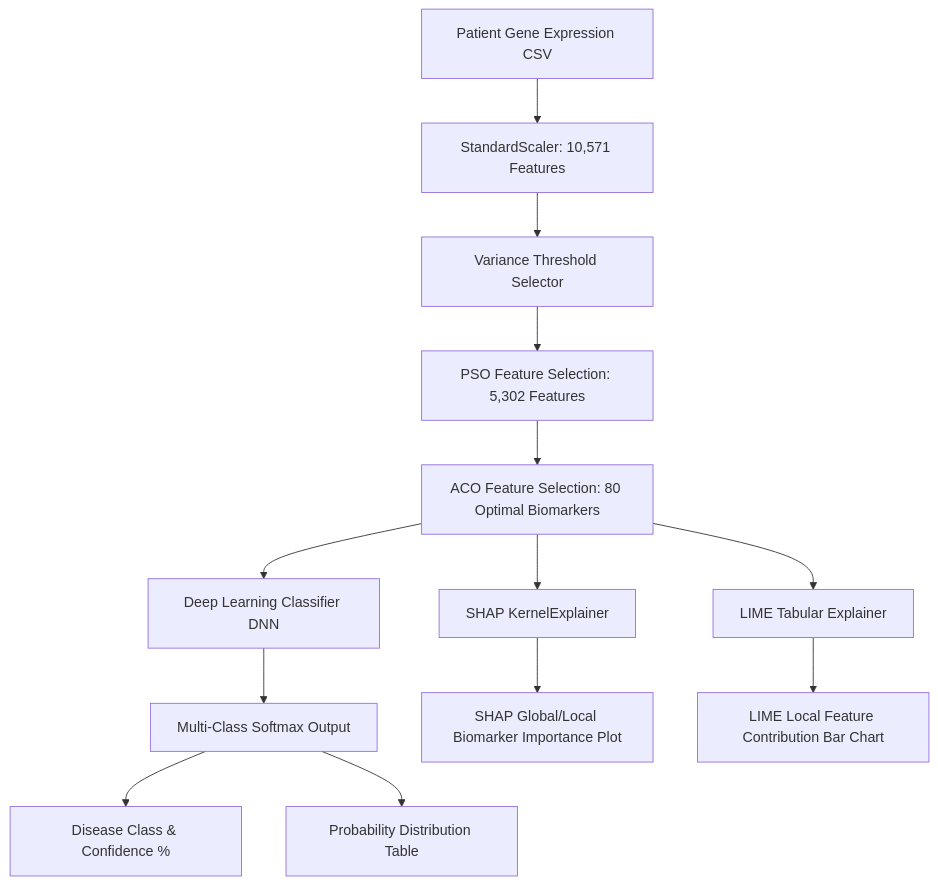
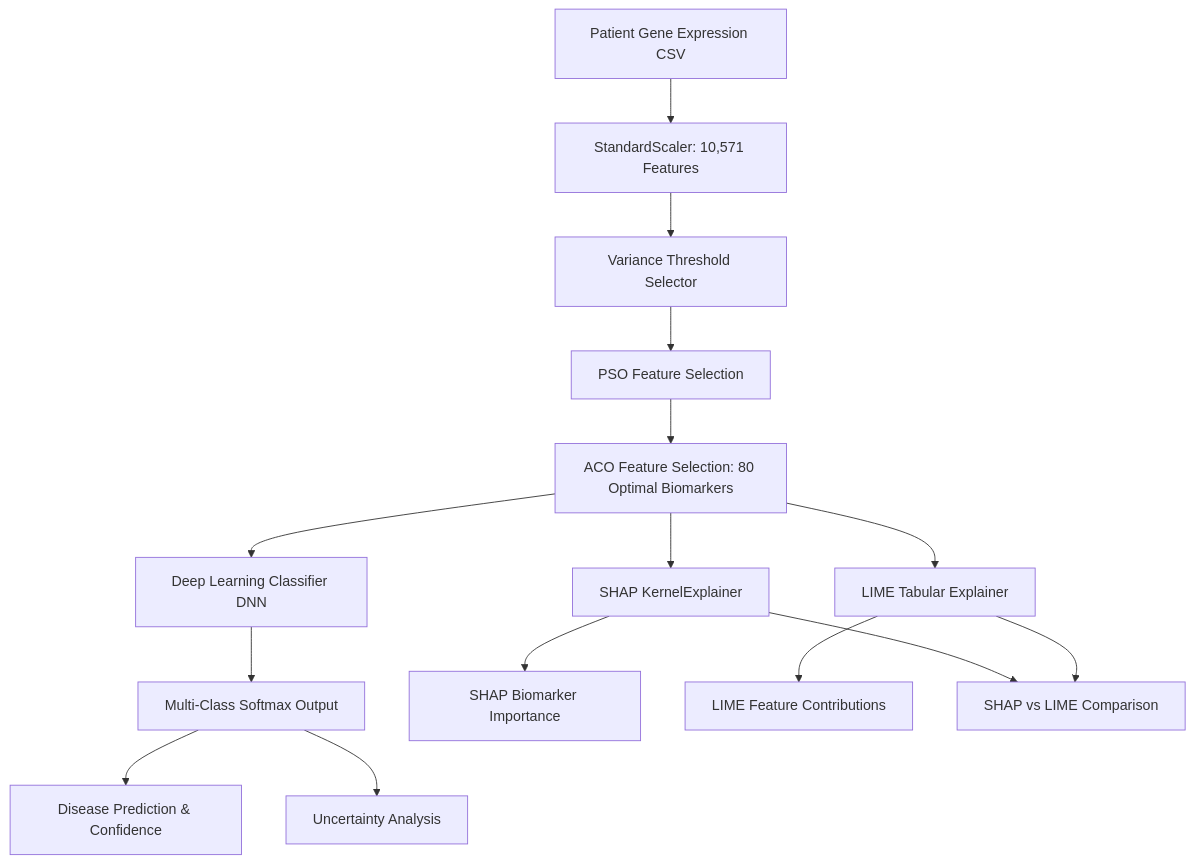
The diagram in README.md (Naresh-official/Multi-Disease-Diagnosis-System), drawn with Mermaid before and after one commit. The commit also changed other lines of this file and 5 other files, not shown here.

````diff
--- a/README.md
+++ b/README.md
@@ -28,15 +28,17 @@
 ```mermaid
 flowchart TD
     A[Patient Gene Expression CSV] --> B[StandardScaler: 10,571 Features]
     B --> C[Variance Threshold Selector]
-    C --> D[PSO Feature Selection: 5,302 Features]
+    C --> D[PSO Feature Selection]
     D --> E[ACO Feature Selection: 80 Optimal Biomarkers]
     E --> F[Deep Learning Classifier DNN]
     F --> G[Multi-Class Softmax Output]
-    G --> H[Disease Class & Confidence %]
-    G --> I[Probability Distribution Table]
+    G --> H[Disease Prediction & Confidence]
+    G --> I[Uncertainty Analysis]
     E --> J[SHAP KernelExplainer]
     E --> K[LIME Tabular Explainer]
-    J --> L[SHAP Global/Local Biomarker Importance Plot]
-    K --> M[LIME Local Feature Contribution Bar Chart]
+    J --> L[SHAP Biomarker Importance]
+    K --> M[LIME Feature Contributions]
+    J --> N[SHAP vs LIME Comparison]
+    K --> N
 ```
````
